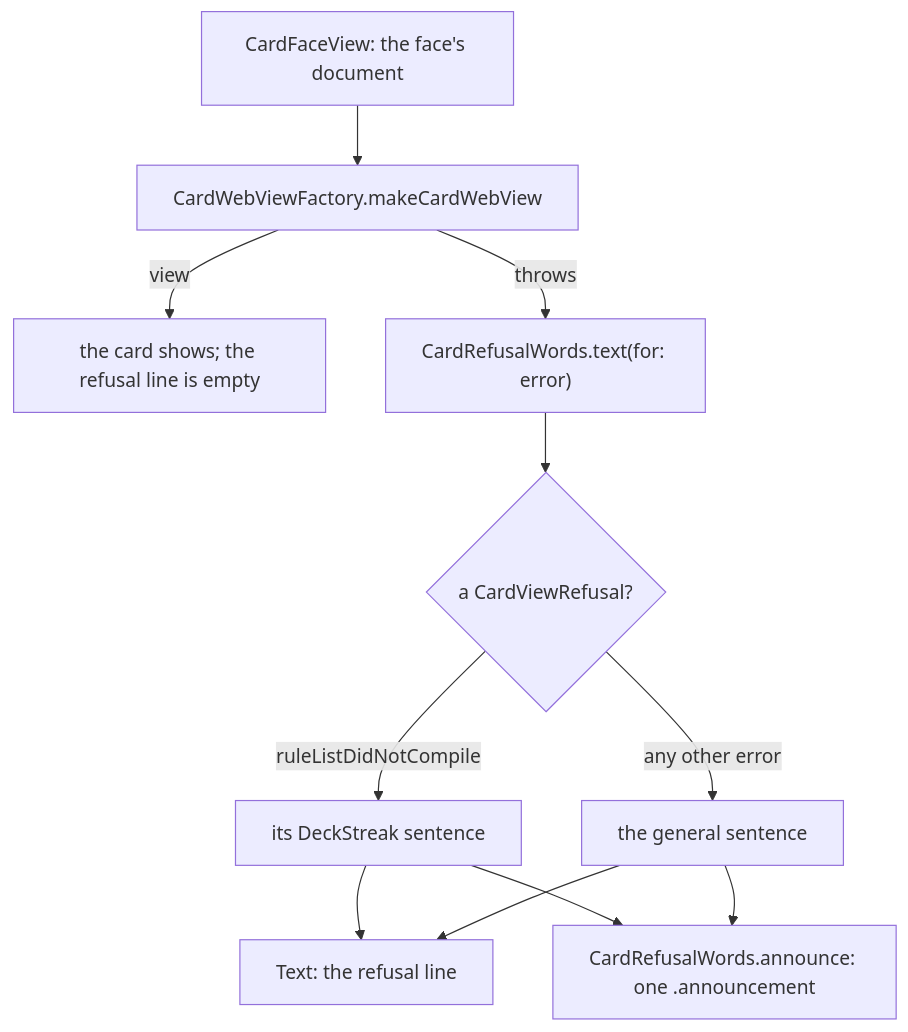
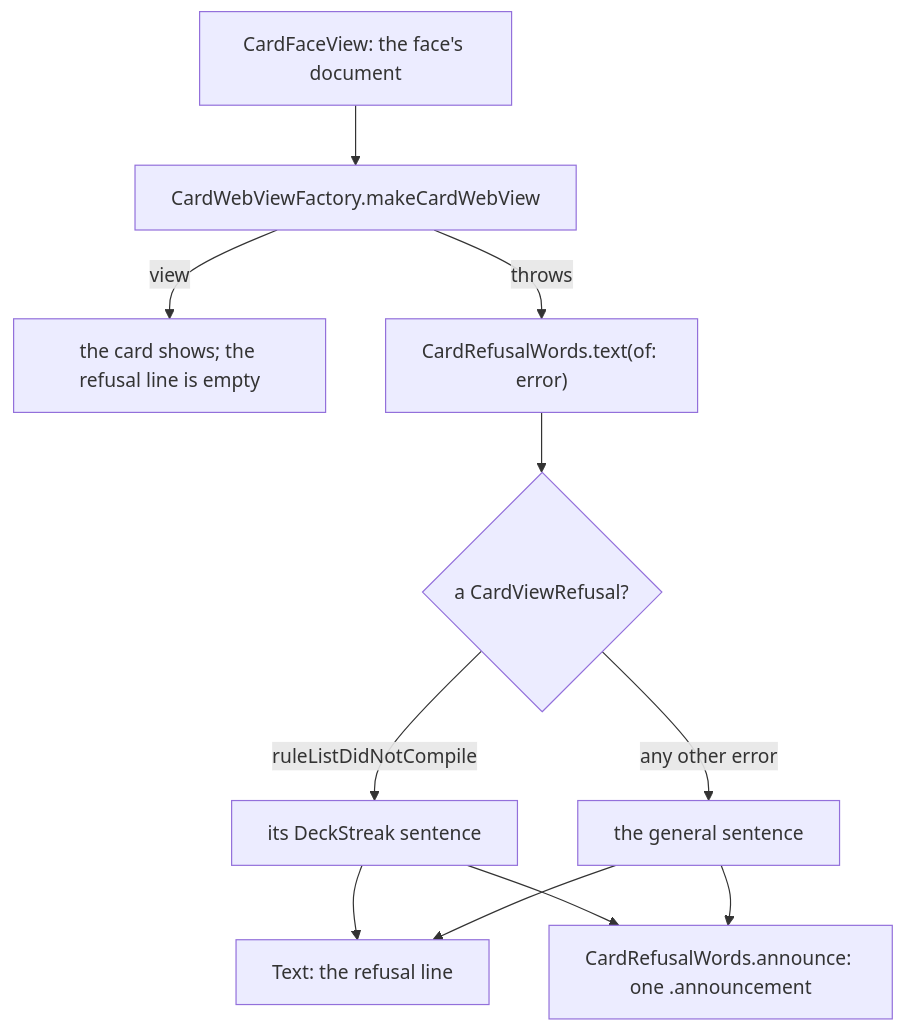
Before and after one commit to RexRenatus/deck-streak: the second of 2 diagrams in docs/schematics/a-frame-refusal-from-its-check-to-the-reason-the-status-and-the-controls.md, drawn with Mermaid. The commit also changed 3 other files, not shown here.

First line of the commit message:
docs(card): red-first record and changelog for a refusal's reason

````diff
--- a/docs/schematics/a-frame-refusal-from-its-check-to-the-reason-the-status-and-the-controls.md
+++ b/docs/schematics/a-frame-refusal-from-its-check-to-the-reason-the-status-and-the-controls.md
@@ -40,11 +40,11 @@
 ```mermaid
 flowchart TD
   doc["CardFaceView: the face's document"] --> make["CardWebViewFactory.makeCardWebView"]
   make -- view --> show["the card shows; the refusal line is empty"]
-  make -- throws --> words["CardRefusalWords.text(for: error)"]
+  make -- throws --> words["CardRefusalWords.text(of: error)"]
   words --> c{"a CardViewRefusal?"}
   c -- ruleListDidNotCompile --> s1["its DeckStreak sentence"]
   c -- any other error --> s2["the general sentence"]
   s1 & s2 --> line["Text: the refusal line"]
   s1 & s2 --> announce["CardRefusalWords.announce: one .announcement"]
 ```
````
